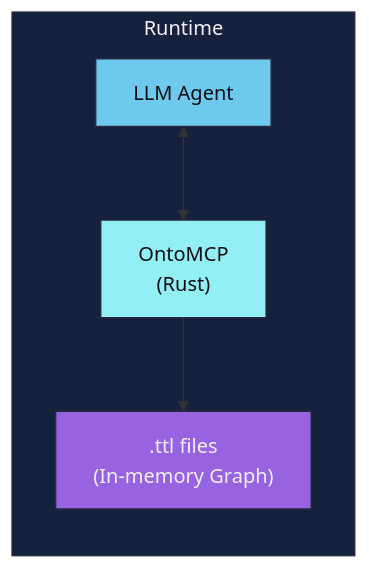
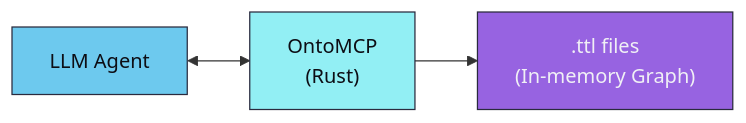
One commit to mareasw/ontoskills changed the third of 5 diagrams in PHILOSOPHY.md. Above: the diagram before and after it, drawn with Mermaid. The commit also changed other lines of this file, not shown here.

First line of the commit message:
docs: flatten all PHILOSOPHY.md diagrams to horizontal layout

````diff
--- a/PHILOSOPHY.md
+++ b/PHILOSOPHY.md
@@ -84,12 +55,8 @@
 ```mermaid
 flowchart LR
-    subgraph RT["Runtime"]
-        AGENT["LLM Agent"] <--> MCP["OntoMCP<br/>(Rust)"]
-        MCP --> TTL[".ttl files<br/>(In-memory Graph)"]
-    end
+    AGENT["LLM Agent"] <--> MCP["OntoMCP<br/>(Rust)"] --> TTL[".ttl files<br/>(In-memory Graph)"]
 
-    style RT fill:#16213e,stroke:#2a2a3e,color:#f0f0f5
     style AGENT fill:#6dc9ee,stroke:#2a2a3e,color:#0d0d14
     style MCP fill:#92eff4,stroke:#2a2a3e,color:#0d0d14
     style TTL fill:#9763e1,stroke:#2a2a3e,color:#f0f0f5
 ```
````
